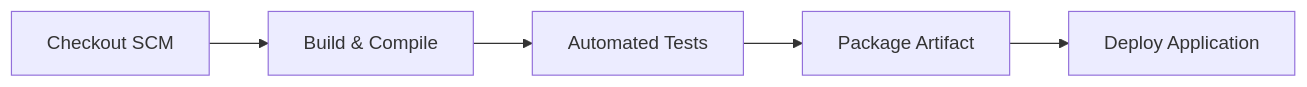
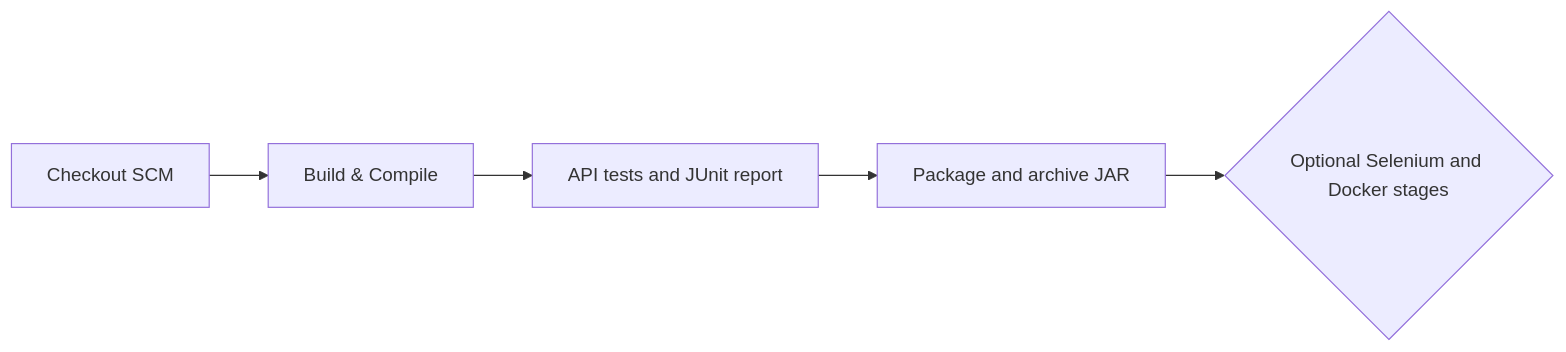
One commit to Chetan-Katkar/DevOPs-Project changed the diagram in Task-08_Pipeline-Deployment/pipeline_doc.md. Above: the diagram before and after it, drawn with Mermaid. The commit also changed other lines of this file and 11 other files, not shown here.

````diff
--- a/Task-08_Pipeline-Deployment/pipeline_doc.md
+++ b/Task-08_Pipeline-Deployment/pipeline_doc.md
@@ -10,7 +10,7 @@
 ```mermaid
 graph LR
     A[Checkout SCM] --> B[Build & Compile]
-    B --> C[Automated Tests]
-    C --> D[Package Artifact]
-    D --> E[Deploy Application]
+    B --> C[API tests and JUnit report]
+    C --> D[Package and archive JAR]
+    D --> E{Optional Selenium and Docker stages}
 ```
````
